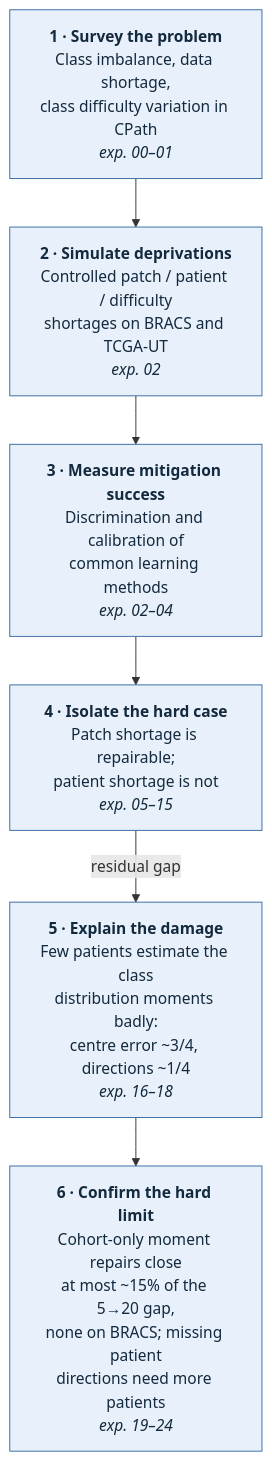
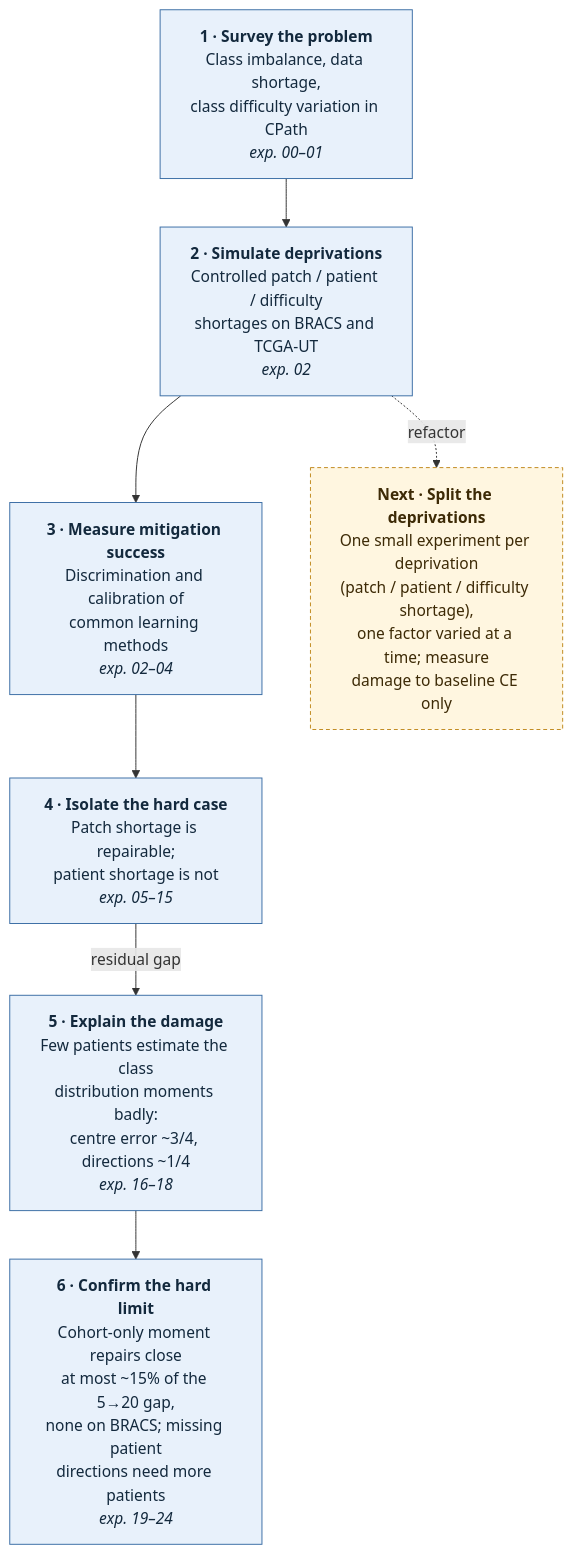
The diagram in README.md (devWhyqueue/master-thesis), drawn with Mermaid before and after one commit.

Commit message:
docs: current work focus

````diff
--- a/README.md
+++ b/README.md
@@ -7,14 +7,19 @@
 ```mermaid
 flowchart TD
     S1["<b>1 · Survey the problem</b><br/>Class imbalance, data shortage,<br/>class difficulty variation in CPath<br/><i>exp. 00–01</i>"]
     S2["<b>2 · Simulate deprivations</b><br/>Controlled patch / patient / difficulty<br/>shortages on BRACS and TCGA-UT<br/><i>exp. 02</i>"]
     S3["<b>3 · Measure mitigation success</b><br/>Discrimination and calibration of<br/>common learning methods<br/><i>exp. 02–04</i>"]
     S4["<b>4 · Isolate the hard case</b><br/>Patch shortage is repairable;<br/>patient shortage is not<br/><i>exp. 05–15</i>"]
     S5["<b>5 · Explain the damage</b><br/>Few patients estimate the class<br/>distribution moments badly:<br/>centre error ~3/4, directions ~1/4<br/><i>exp. 16–18</i>"]
     S6["<b>6 · Confirm the hard limit</b><br/>Cohort-only moment repairs close<br/>at most ~15% of the 5→20 gap,<br/>none on BRACS; missing patient<br/>directions need more patients<br/><i>exp. 19–24</i>"]
 
+    N1["<b>Next · Split the deprivations</b><br/>One small experiment per deprivation<br/>(patch / patient / difficulty shortage),<br/>one factor varied at a time; measure<br/>damage to baseline CE only"]
+
     S1 --> S2 --> S3 --> S4 -- "residual gap" --> S5 --> S6
+    S2 -. "refactor" .-> N1
 
     classDef done fill:#e8f1fb,stroke:#3b6ea5,stroke-width:1px,color:#13293d;
+    classDef next fill:#fff6e0,stroke:#c08a1e,stroke-width:1px,stroke-dasharray:4 3,color:#3d2a06;
     class S1,S2,S3,S4,S5,S6 done;
+    class N1 next;
 ```
````
